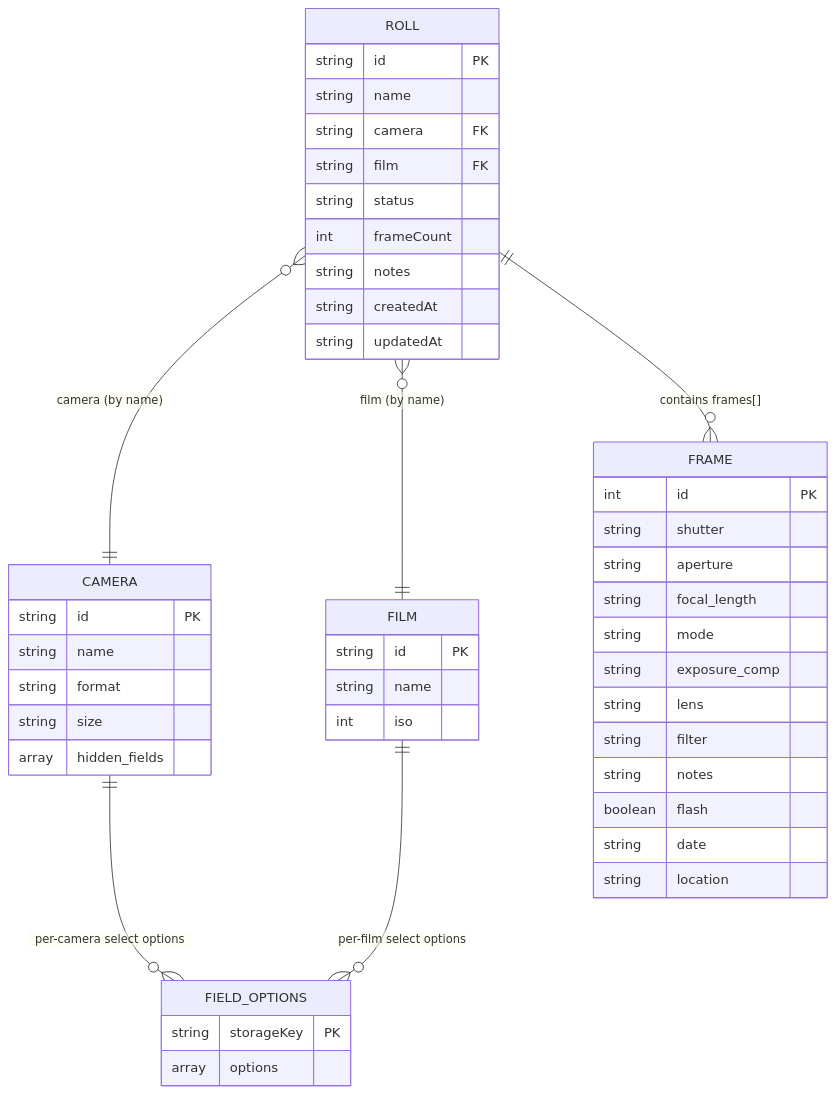
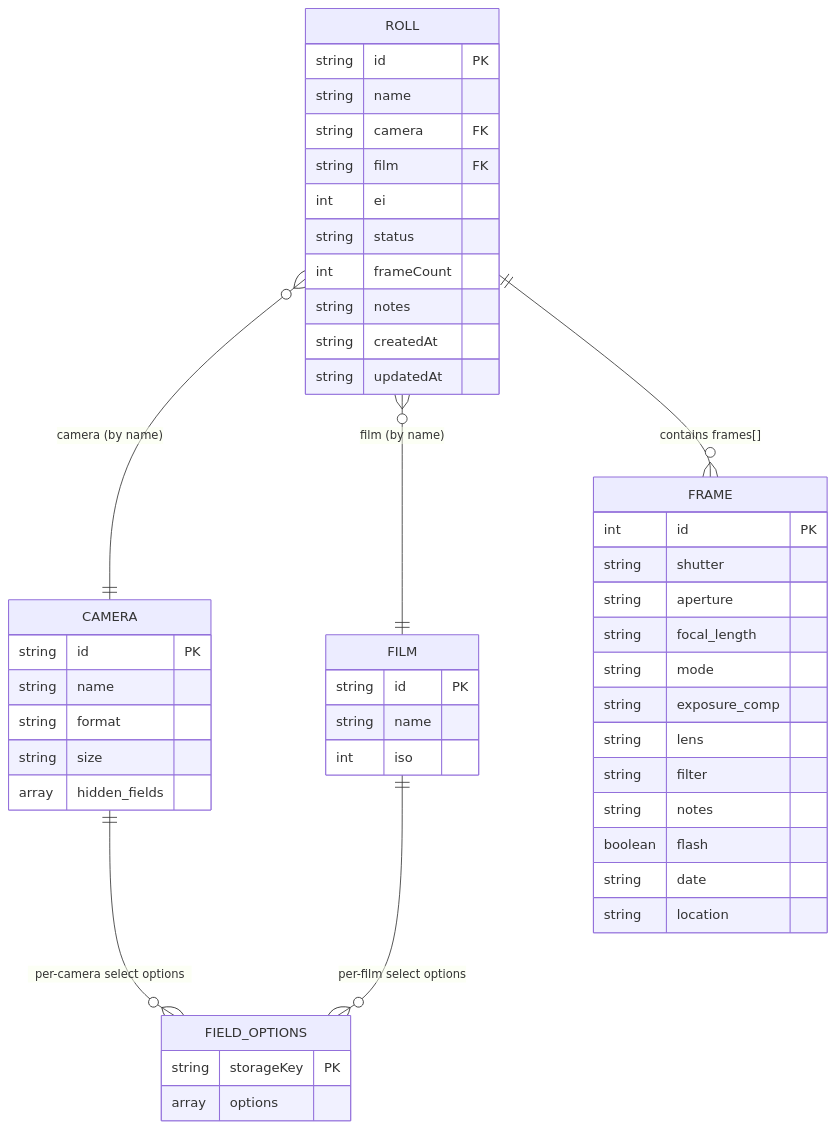
The second of 5 diagrams in architecture.md (caksoylar/rolleirecord), drawn with Mermaid before and after one commit. The commit also changed other lines of this file and 4 other files, not shown here.

````diff
--- a/architecture.md
+++ b/architecture.md
@@ -106,50 +106,51 @@
 ```mermaid
 erDiagram
     ROLL {
         string id PK
         string name
         string camera FK
         string film FK
+        int ei
         string status
         int frameCount
         string notes
         string createdAt
         string updatedAt
     }
     CAMERA {
         string id PK
         string name
         string format
         string size
         array hidden_fields
     }
     FILM {
         string id PK
         string name
         int iso
     }
     FRAME {
         int id PK
         string shutter
         string aperture
         string focal_length
         string mode
         string exposure_comp
         string lens
         string filter
         string notes
         boolean flash
         string date
         string location
     }
     FIELD_OPTIONS {
         string storageKey PK
         array options
     }
 
     ROLL ||--o{ FRAME : "contains frames[]"
     ROLL }o--|| CAMERA : "camera (by name)"
     ROLL }o--|| FILM : "film (by name)"
     CAMERA ||--o{ FIELD_OPTIONS : "per-camera select options"
     FILM ||--o{ FIELD_OPTIONS : "per-film select options"
 ```
````
